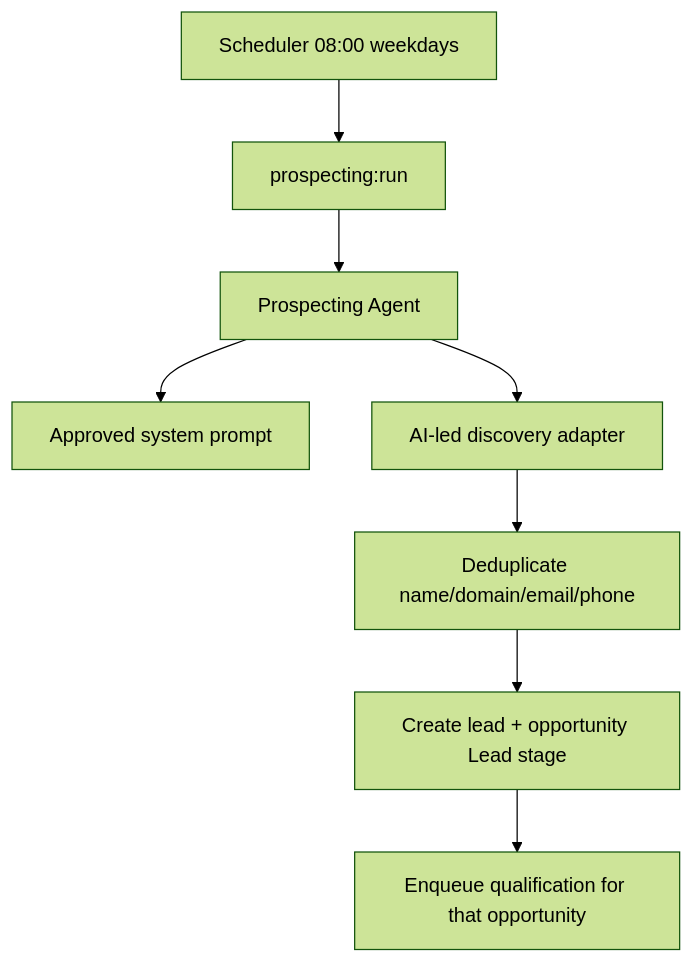
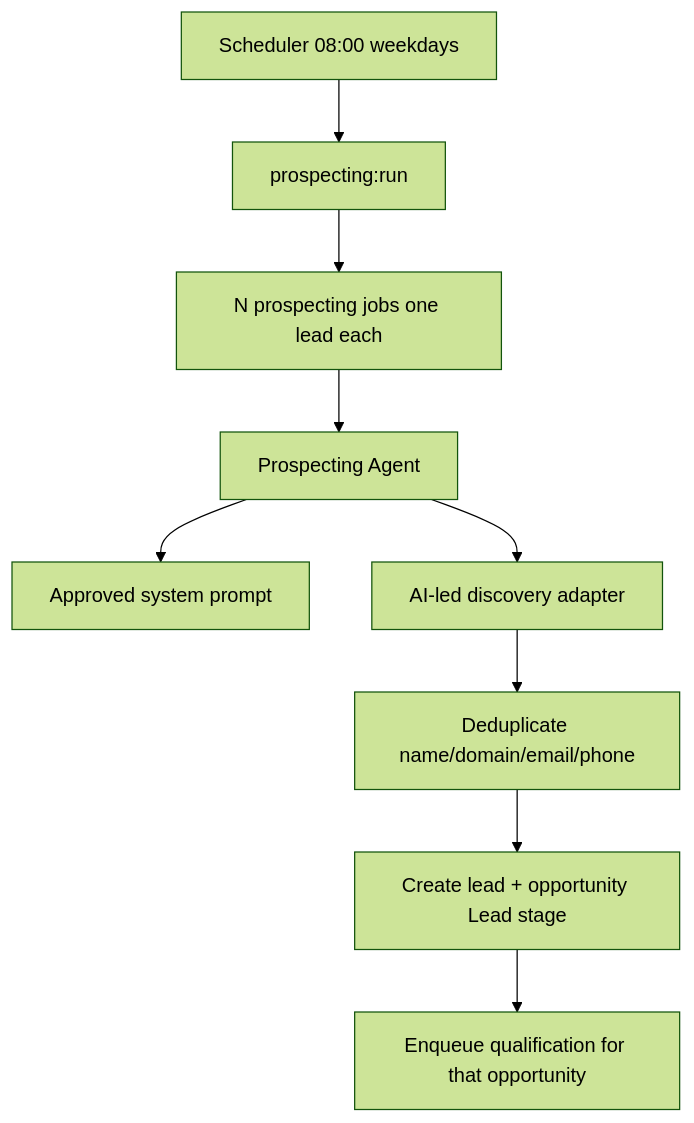
Before and after one commit to rogerio-pereira/CRM_AI: the diagram in docs/FDRs/Done/FDR-010-automated-prospecting.md, drawn with Mermaid (forest theme). The commit also changed other lines of this file and 2 other files, not shown here.

First line of the commit message:
docs(prospecting): document one-job-per-lead dispatch

````diff
--- a/docs/FDRs/Done/FDR-010-automated-prospecting.md
+++ b/docs/FDRs/Done/FDR-010-automated-prospecting.md
@@ -42,10 +42,11 @@
 ```mermaid
 flowchart TD
     Cron[Scheduler 08:00 weekdays] --> Cmd[prospecting:run]
-    Cmd --> Agent[Prospecting Agent]
+    Cmd --> Jobs[N prospecting jobs one lead each]
+    Jobs --> Agent[Prospecting Agent]
     Agent --> Prompt[Approved system prompt]
     Agent --> Disc[AI-led discovery adapter]
     Disc --> Dedup[Deduplicate name/domain/email/phone]
     Dedup --> Save[Create lead + opportunity Lead stage]
     Save --> Q[Enqueue qualification for that opportunity]
 ```
````
